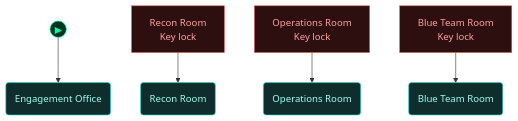
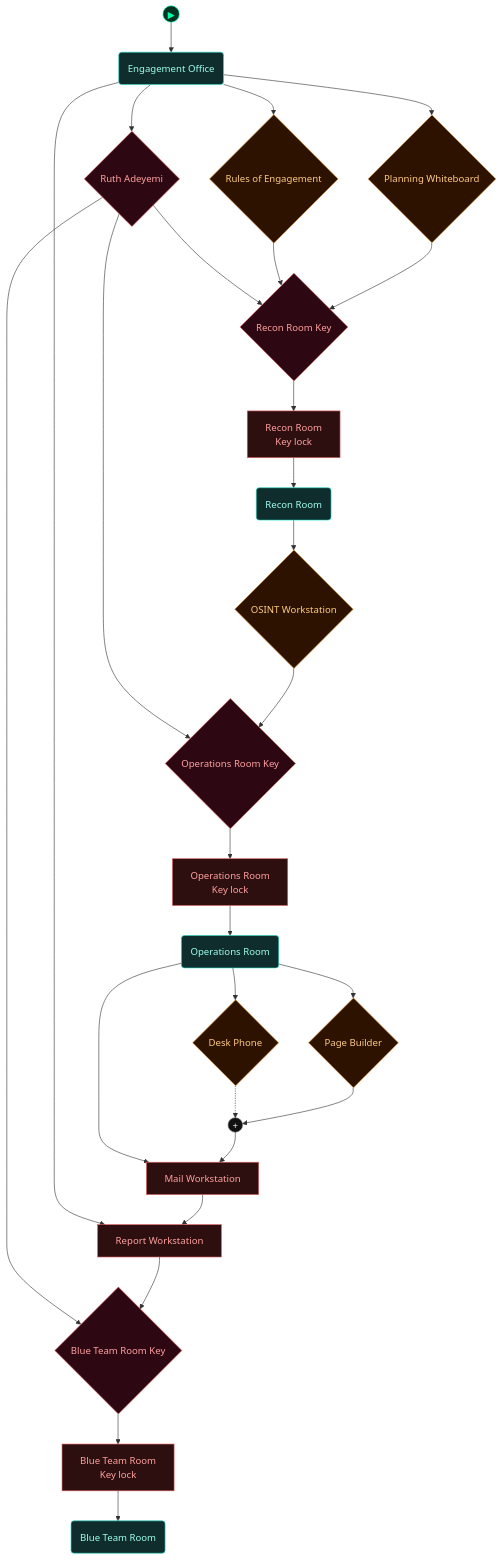
One commit to cliffe/BreakEscape changed the first of 5 diagrams in scenarios/lab_social_engineering/dungeon_graph.md. Above: the diagram before and after it, drawn with Mermaid. The commit also changed other lines of this file and 22 other files, not shown here.

Commit message:
SE lab design cycle 1: SOC board and report findings get credible wrong options; opt-in report question items; wrong-object pointer, credits without names, key-ready texts, team page without addresses, portal ask needs the intern; graph data; review and log

````diff
--- a/scenarios/lab_social_engineering/dungeon_graph.md
+++ b/scenarios/lab_social_engineering/dungeon_graph.md
@@ -51,37 +51,74 @@
 ```mermaid
 flowchart TD
 
   classDef room      fill:#0f2d2d,stroke:#22ddcc,color:#a0ffee
   classDef lock      fill:#2d0f0f,stroke:#e66060,color:#ffa0a0
   classDef key       fill:#2d0812,stroke:#e66060,color:#ffa0a0
   classDef item      fill:#2d1200,stroke:#e89030,color:#ffcc80
   classDef gate      fill:#111,stroke:#666,color:#eee
   classDef vm        fill:#0c1f40,stroke:#4a90d9,color:#a0c8ff
   classDef flag      fill:#1a0c2d,stroke:#9060d0,color:#cc99ff
   classDef action    fill:#1a1200,stroke:#cc9922,color:#ffee88
   classDef aim       fill:#0d2a0d,stroke:#44cc44,color:#88ff88
   classDef aim_gate  fill:#111111,stroke:#44cc44,color:#44cc44
   classDef container fill:#1a2d1a,stroke:#60b060,color:#a0e0a0
   classDef npc       fill:#2d1f0d,stroke:#d0a050,color:#ffe0a0
   classDef critical  fill:#2a1500,stroke:#ffaa00,color:#ffdd88
   classDef start     fill:#003322,stroke:#00ffaa,color:#00ffaa
 
   node_start(("▶"))
   node_start --> engagement_office
 
   door_recon_room["Recon Room<br/>Key lock"]
   recon_room("Recon Room")
   door_operations_room["Operations Room<br/>Key lock"]
   operations_room("Operations Room")
   door_blue_team_room["Blue Team Room<br/>Key lock"]
   blue_team_room("Blue Team Room")
   engagement_office("Engagement Office")
+  rules_of_engagement{"Rules of Engagement"}
+  planning_whiteboard{"Planning Whiteboard"}
+  lock_report_workstation["Report Workstation"]
+  npc_ruth_adeyemi{"Ruth Adeyemi"}
+  recon_room_key{"Recon Room Key"}
+  operations_room_key{"Operations Room Key"}
+  blue_team_room_key{"Blue Team Room Key"}
+  osint_workstation{"OSINT Workstation"}
+  lock_mail_workstation["Mail Workstation"]
+  page_builder{"Page Builder"}
+  desk_phone{"Desk Phone"}
+  andgate1((" + "))
 
   door_recon_room --> recon_room
   door_operations_room --> operations_room
   door_blue_team_room --> blue_team_room
+  engagement_office --> rules_of_engagement
+  engagement_office --> planning_whiteboard
+  engagement_office --> lock_report_workstation
+  engagement_office --> npc_ruth_adeyemi
+  npc_ruth_adeyemi --> recon_room_key
+  recon_room_key --> door_recon_room
+  npc_ruth_adeyemi --> operations_room_key
+  operations_room_key --> door_operations_room
+  npc_ruth_adeyemi --> blue_team_room_key
+  blue_team_room_key --> door_blue_team_room
+  recon_room --> osint_workstation
+  operations_room --> lock_mail_workstation
+  lock_mail_workstation --> lock_report_workstation
+  operations_room --> page_builder
+  operations_room --> desk_phone
+  desk_phone -.-> andgate1
+  andgate1 --> lock_mail_workstation
+  page_builder --> andgate1
+  rules_of_engagement --> recon_room_key
+  planning_whiteboard --> recon_room_key
+  lock_report_workstation --> blue_team_room_key
+  osint_workstation --> operations_room_key
 
-  class door_recon_room,door_operations_room,door_blue_team_room lock
+  class door_recon_room,door_operations_room,door_blue_team_room,lock_report_workstation,lock_mail_workstation lock
   class recon_room,operations_room,blue_team_room,engagement_office room
+  class rules_of_engagement,planning_whiteboard,osint_workstation,page_builder,desk_phone item
+  class npc_ruth_adeyemi,recon_room_key,operations_room_key,blue_team_room_key key
+  class andgate1 gate
   class node_start start
 ```
````
